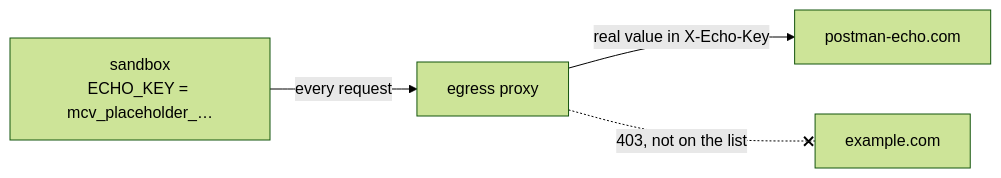
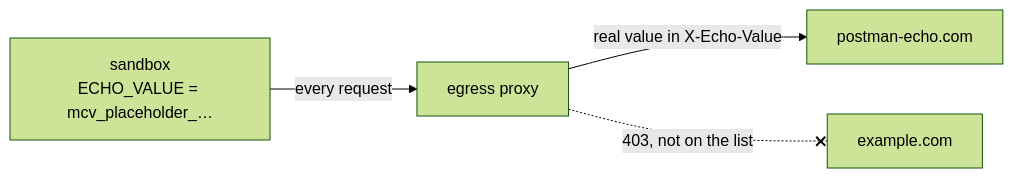
Before and after one commit to patniko/managed-copilot-sdk: the diagram in samples/07-network-and-secrets/README.md, drawn with Mermaid (forest theme). The commit also changed other lines of this file and 10 other files, not shown here.

````diff
--- a/samples/07-network-and-secrets/README.md
+++ b/samples/07-network-and-secrets/README.md
@@ -9,6 +9,6 @@
 ```mermaid
 flowchart LR
-  SB["sandbox<br/>ECHO_KEY = mcv_placeholder_…"] -- "every request" --> EP["egress proxy"]
-  EP -- "real value in X-Echo-Key" --> PE["postman-echo.com"]
+  SB["sandbox<br/>ECHO_VALUE = mcv_placeholder_…"] -- "every request" --> EP["egress proxy"]
+  EP -- "real value in X-Echo-Value" --> PE["postman-echo.com"]
   EP -. "403, not on the list" .-x EX["example.com"]
 ```
````
